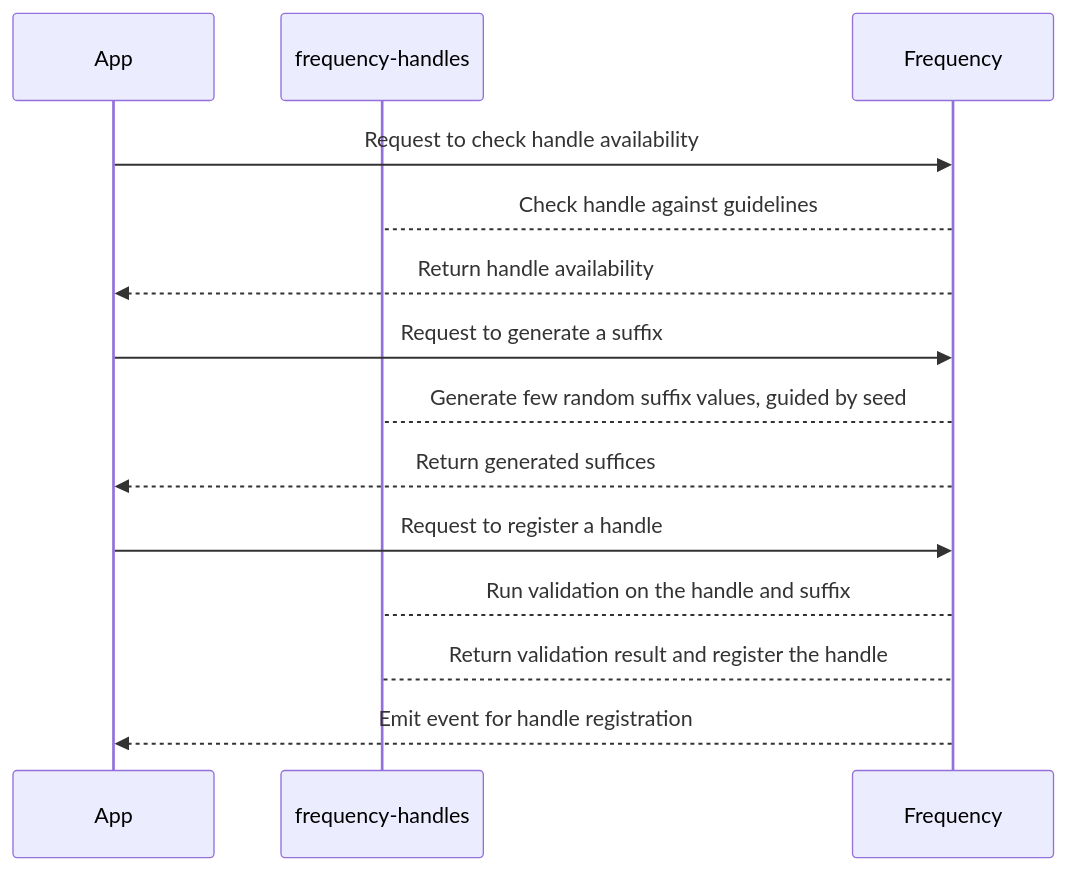
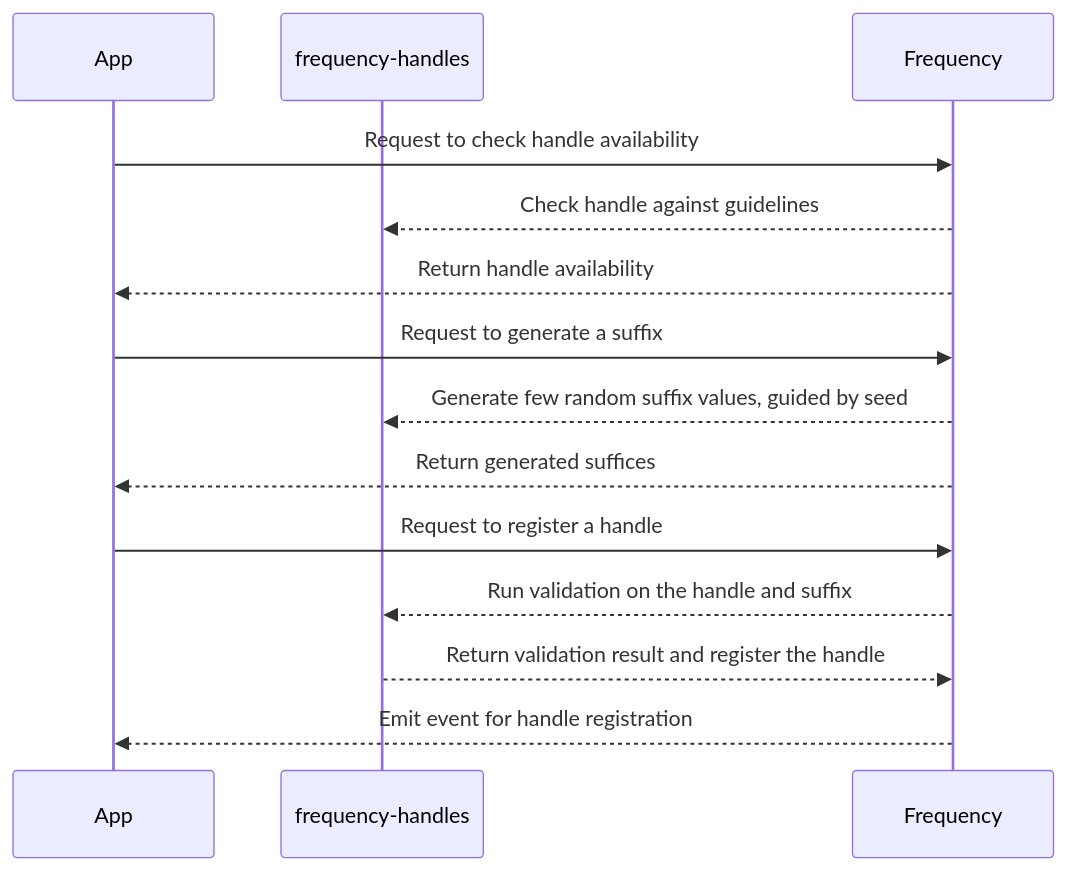
Before and after one commit to frequency-chain/frequency: the second of 2 diagrams in designdocs/user-handles.md, drawn with Mermaid.

Commit message:
improve sequence

````diff
--- a/designdocs/user-handles.md
+++ b/designdocs/user-handles.md
@@ -274,15 +274,15 @@
 ```mermaid
 sequenceDiagram
     participant App
     participant frequency-handles
     App->>Frequency: Request to check handle availability
-    Frequency-->frequency-handles: Check handle against guidelines
+    Frequency-->>frequency-handles: Check handle against guidelines
     Frequency -->> App: Return handle availability
     App->>Frequency: Request to generate a suffix
-    Frequency-->frequency-handles: Generate few random suffix values, guided by seed
+    Frequency-->>frequency-handles: Generate few random suffix values, guided by seed
     Frequency-->>App: Return generated suffices
     App->>Frequency: Request to register a handle
-    Frequency-->frequency-handles: Run validation on the handle and suffix
-    frequency-handles-->Frequency: Return validation result and register the handle
+    Frequency-->>frequency-handles: Run validation on the handle and suffix
+    frequency-handles-->>Frequency: Return validation result and register the handle
     Frequency-->>App: Emit event for handle registration
 ```
````
